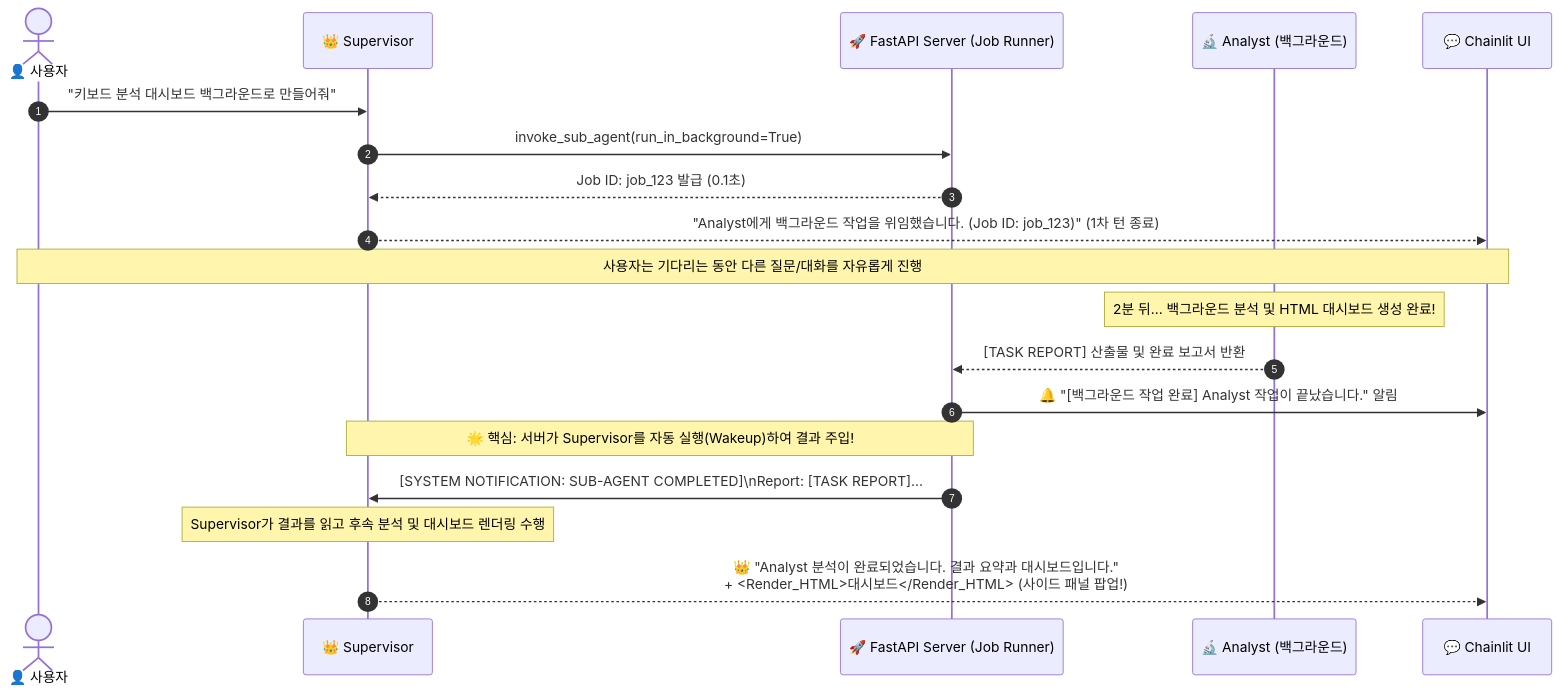
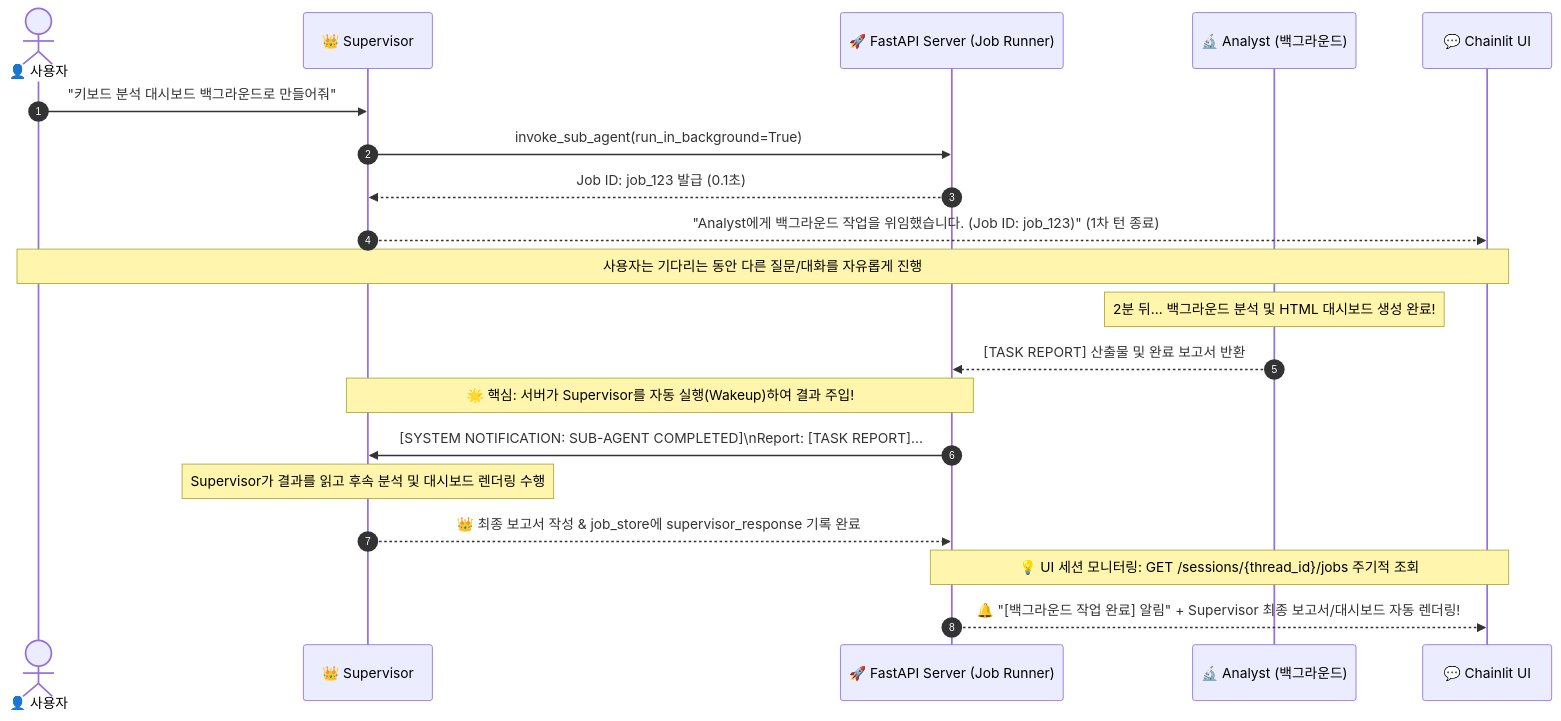
The diagram in lessons_summary/Long_running_agent.md (hukim1112/AAWS), drawn with Mermaid before and after one commit. The commit also changed other lines of this file, not shown here.

Commit message:
docs: update Long_running_agent.md with session job query endpoint and UI session monitoring note

````diff
--- a/lessons_summary/Long_running_agent.md
+++ b/lessons_summary/Long_running_agent.md
@@ -49,27 +49,28 @@
 ```mermaid
 sequenceDiagram
     autonumber
     actor User as 👤 사용자
     participant Sup as 👑 Supervisor
     participant API as 🚀 FastAPI Server (Job Runner)
     participant Ana as 🔬 Analyst (백그라운드)
     participant UI as 💬 Chainlit UI
 
     User->>Sup: "키보드 분석 대시보드 백그라운드로 만들어줘"
     Sup->>API: invoke_sub_agent(run_in_background=True)
     API-->>Sup: Job ID: job_123 발급 (0.1초)
     Sup-->>UI: "Analyst에게 백그라운드 작업을 위임했습니다. (Job ID: job_123)" (1차 턴 종료)
 
     Note over User,UI: 사용자는 기다리는 동안 다른 질문/대화를 자유롭게 진행
 
     Note over Ana: 2분 뒤... 백그라운드 분석 및 HTML 대시보드 생성 완료!
     Ana-->>API: [TASK REPORT] 산출물 및 완료 보고서 반환
 
-    API->>UI: 🔔 "[백그라운드 작업 완료] Analyst 작업이 끝났습니다." 알림
-    
     Note over API,Sup: 🌟 핵심: 서버가 Supervisor를 자동 실행(Wakeup)하여 결과 주입!
     API->>Sup: [SYSTEM NOTIFICATION: SUB-AGENT COMPLETED]\nReport: [TASK REPORT]...
     
     Note over Sup: Supervisor가 결과를 읽고 후속 분석 및 대시보드 렌더링 수행
-    Sup-->>UI: 👑 "Analyst 분석이 완료되었습니다. 결과 요약과 대시보드입니다."<br/>+ <Render_HTML>대시보드</Render_HTML> (사이드 패널 팝업!)
+    Sup-->>API: 👑 최종 보고서 작성 & job_store에 supervisor_response 기록 완료
+
+    Note over UI,API: 💡 UI 세션 모니터링: GET /sessions/{thread_id}/jobs 주기적 조회
+    API-->>UI: 🔔 "[백그라운드 작업 완료] 알림" + Supervisor 최종 보고서/대시보드 자동 렌더링!
 ```
````
